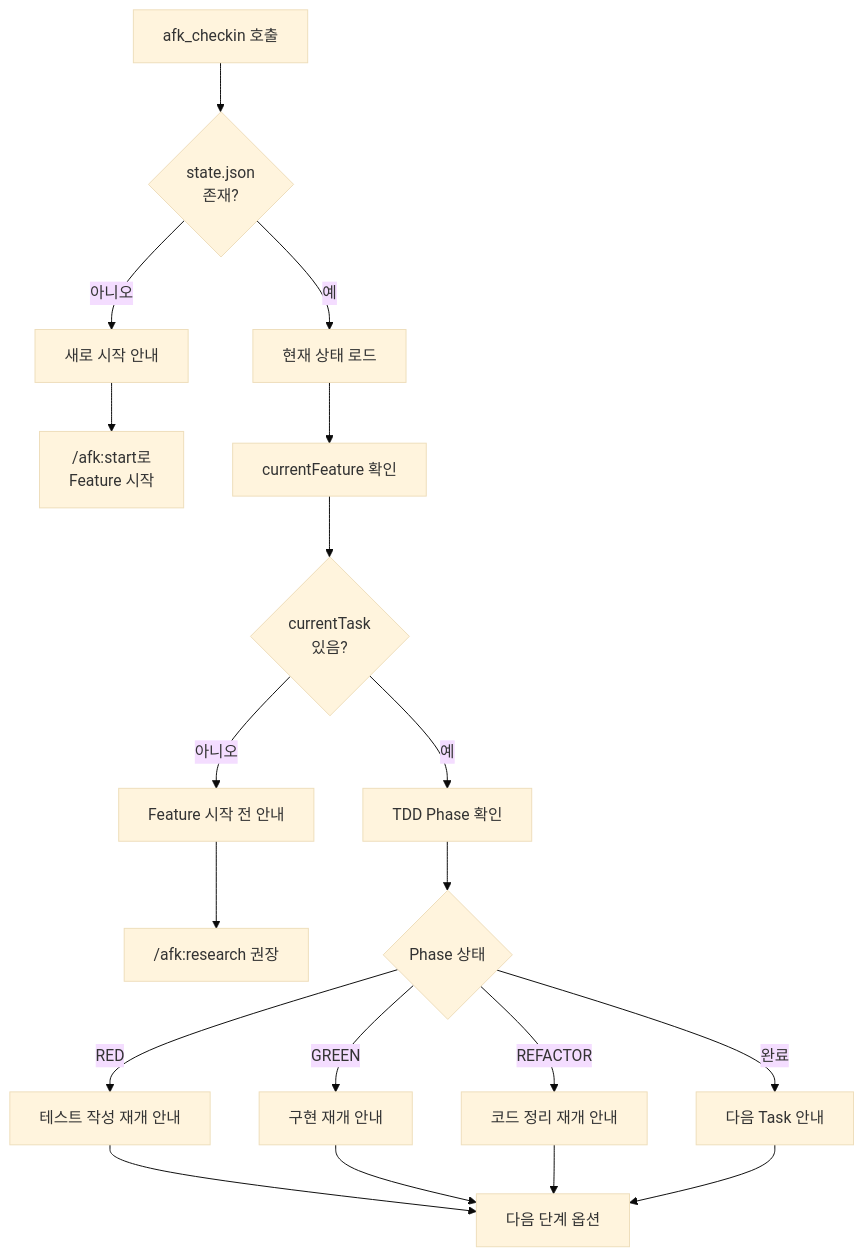
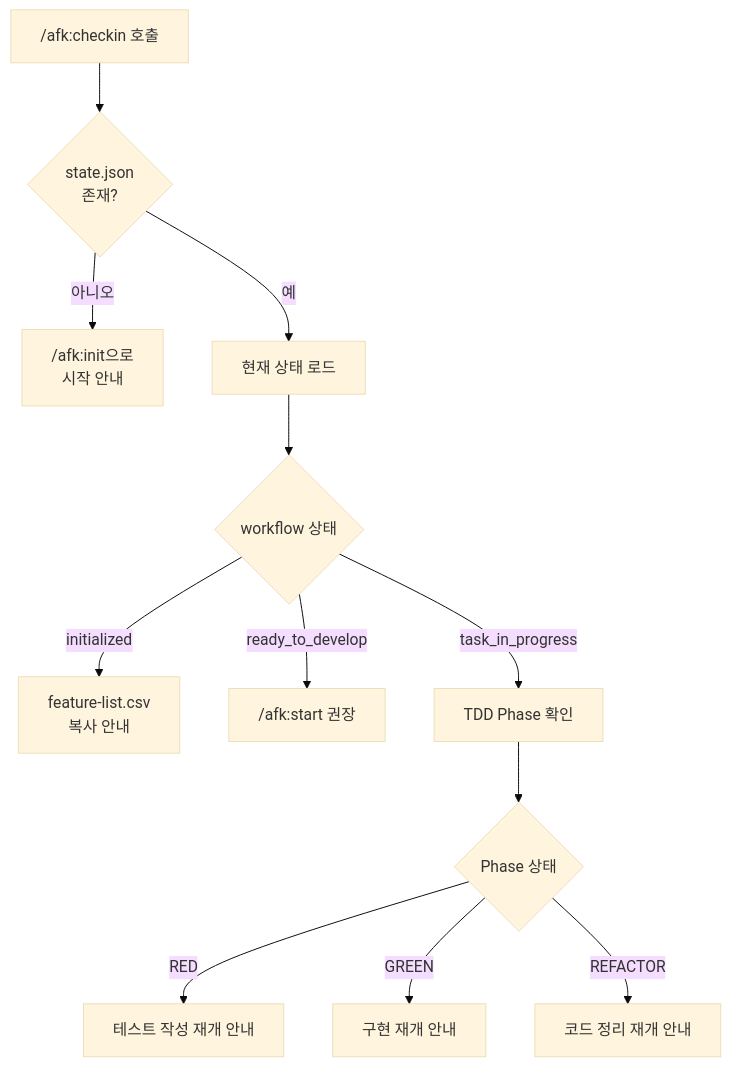
One commit to robinseo/afk-mod changed the sixth of 8 diagrams in docs/commands.md. Above: the diagram before and after it, drawn with Mermaid (base theme). The commit also changed other lines of this file and 11 other files, not shown here.

````diff
--- a/docs/commands.md
+++ b/docs/commands.md
@@ -201,26 +185,16 @@
 ```mermaid
 flowchart TD
-    A[afk_checkin 호출] --> B{state.json<br/>존재?}
-    B -->|아니오| C[새로 시작 안내]
-    C --> D["/afk:start로<br/>Feature 시작"]
+    A["/afk:checkin 호출"] --> B{state.json<br/>존재?}
+    B -->|아니오| C["/afk:init으로<br/>시작 안내"]
+    B -->|예| D[현재 상태 로드]
 
-    B -->|예| E[현재 상태 로드]
-    E --> F[currentFeature 확인]
-    F --> G{currentTask<br/>있음?}
+    D --> E{workflow 상태}
+    E -->|initialized| F["feature-list.csv<br/>복사 안내"]
+    E -->|ready_to_develop| G["/afk:start 권장"]
+    E -->|task_in_progress| H[TDD Phase 확인]
 
-    G -->|아니오| H[Feature 시작 전 안내]
-    H --> I["/afk:research 권장"]
-
-    G -->|예| J[TDD Phase 확인]
-    J --> K{Phase 상태}
-
-    K -->|RED| L[테스트 작성 재개 안내]
-    K -->|GREEN| M[구현 재개 안내]
-    K -->|REFACTOR| N[코드 정리 재개 안내]
-    K -->|완료| O[다음 Task 안내]
-
-    L --> P[다음 단계 옵션]
-    M --> P
-    N --> P
-    O --> P
+    H --> I{Phase 상태}
+    I -->|RED| J[테스트 작성 재개 안내]
+    I -->|GREEN| K[구현 재개 안내]
+    I -->|REFACTOR| L[코드 정리 재개 안내]
 ```
````
